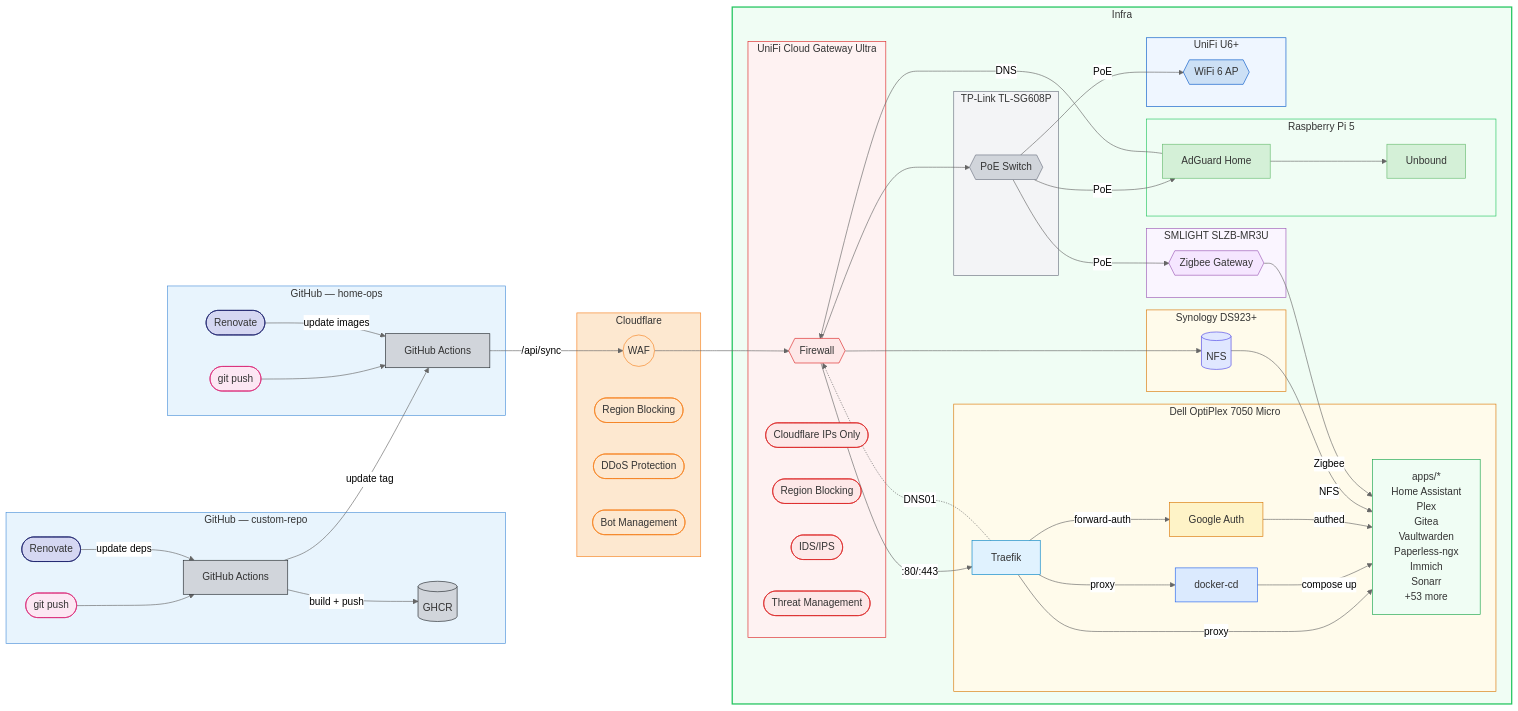
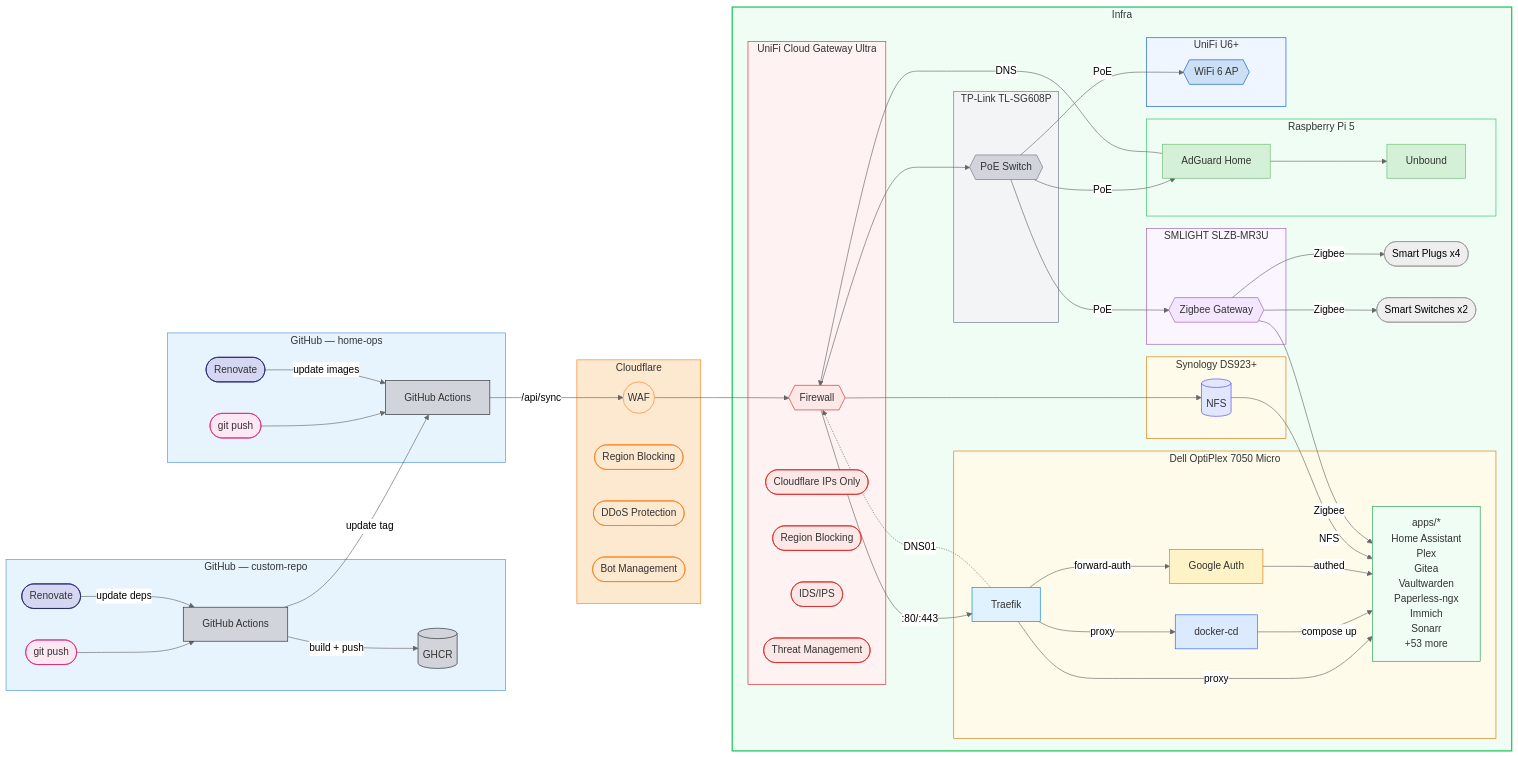
Before and after one commit to wajeht/home-ops: the diagram in README.md, drawn with Mermaid (neutral theme).

Commit message:
docs: add zigbee devices to architecture diagram

```diff
--- a/README.md
+++ b/README.md
@@ -79,6 +79,9 @@
             zigbee{{Zigbee Gateway}}
         end
 
+        zigbee -->|Zigbee| plugs([Smart Plugs x4])
+        zigbee -->|Zigbee| switches([Smart Switches x2])
+
         subgraph tplink[TP-Link TL-SG608P]
             poe{{PoE Switch}}
         end
```
